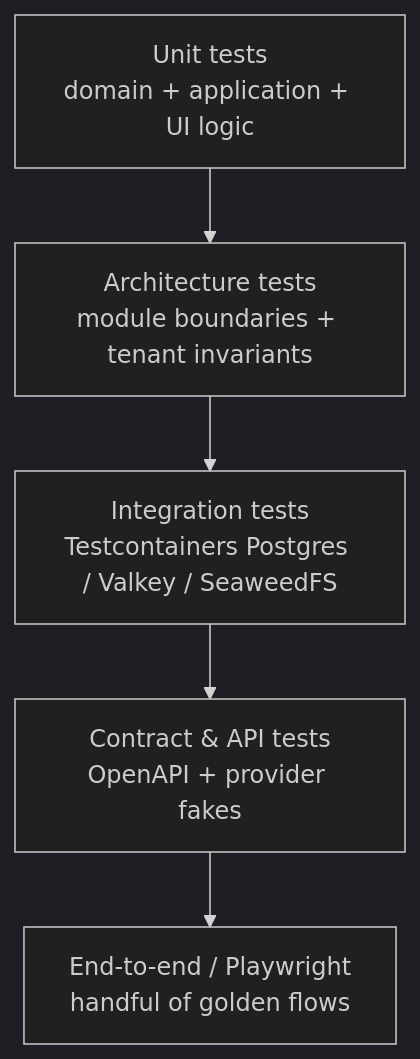
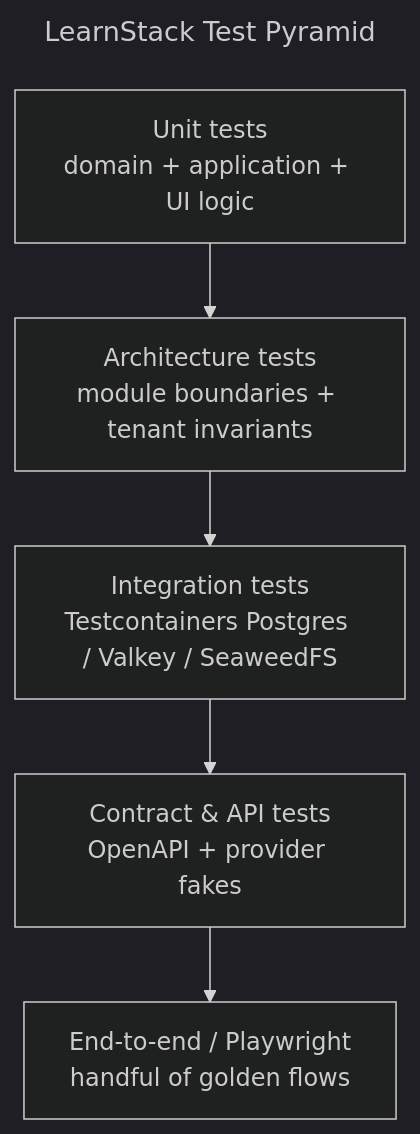
The diagram in docs/standards/06-testing.md (HodeTech/LearnStack), drawn with Mermaid (dark theme) before and after one commit. The commit also changed other lines of this file and 23 other files, not shown here.

````diff
--- a/docs/standards/06-testing.md
+++ b/docs/standards/06-testing.md
@@ -10,10 +10,13 @@
 ```mermaid
+---
+title: LearnStack Test Pyramid
+---
 flowchart TB
   e2e[End-to-end / Playwright<br/>handful of golden flows]
   contract[Contract & API tests<br/>OpenAPI + provider fakes]
   integration[Integration tests<br/>Testcontainers Postgres / Valkey / SeaweedFS]
   arch[Architecture tests<br/>module boundaries + tenant invariants]
   unit[Unit tests<br/>domain + application + UI logic]
 
   unit --> arch --> integration --> contract --> e2e
 ```
````
